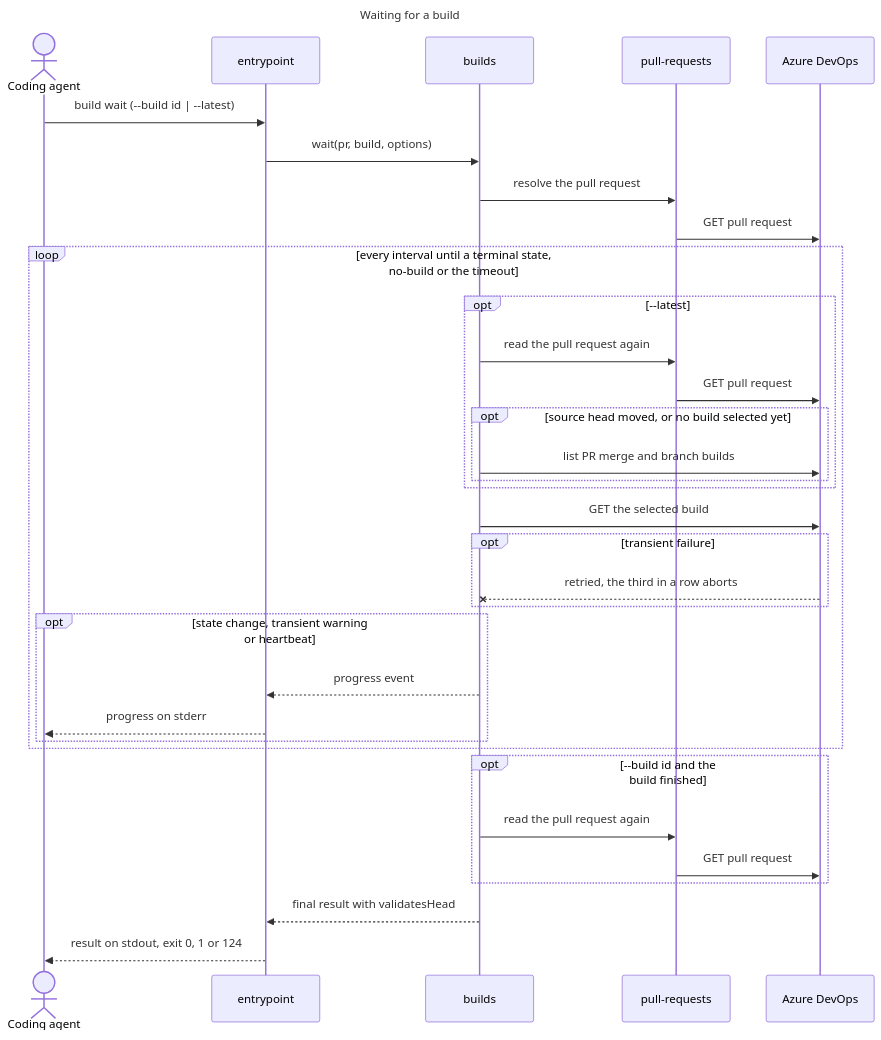
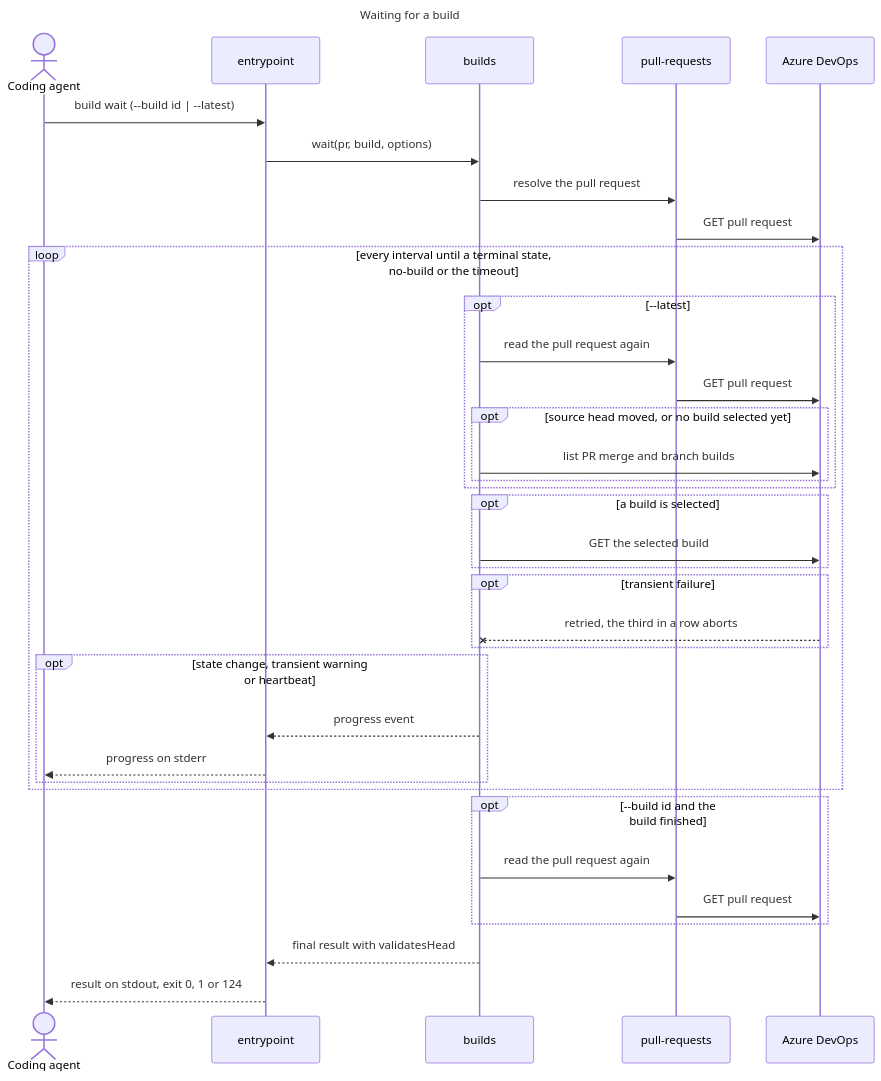
The fifth of 5 diagrams in docs/architecture/architecture.md (remshams/ado-pr), drawn with Mermaid before and after one commit. The commit also changed 1 other file, not shown here.

Commit message:
docs(Architecture): show the build GET only when a build is selected

````diff
--- a/docs/architecture/architecture.md
+++ b/docs/architecture/architecture.md
@@ -196,38 +196,40 @@
 ```mermaid
 ---
 title: Waiting for a build
 ---
 sequenceDiagram
     actor Agent as Coding agent
     participant Entry as entrypoint
     participant Builds as builds
     participant Prs as pull-requests
     participant Azure as Azure DevOps
     Agent->>Entry: build wait (--build id | --latest)
     Entry->>Builds: wait(pr, build, options)
     Builds->>Prs: resolve the pull request
     Prs->>Azure: GET pull request
     loop every interval until a terminal state, no-build or the timeout
         opt --latest
             Builds->>Prs: read the pull request again
             Prs->>Azure: GET pull request
             opt source head moved, or no build selected yet
                 Builds->>Azure: list PR merge and branch builds
             end
         end
-        Builds->>Azure: GET the selected build
+        opt a build is selected
+            Builds->>Azure: GET the selected build
+        end
         opt transient failure
             Azure--xBuilds: retried, the third in a row aborts
         end
         opt state change, transient warning or heartbeat
             Builds-->>Entry: progress event
             Entry-->>Agent: progress on stderr
         end
     end
     opt --build id and the build finished
         Builds->>Prs: read the pull request again
         Prs->>Azure: GET pull request
     end
     Builds-->>Entry: final result with validatesHead
     Entry-->>Agent: result on stdout, exit 0, 1 or 124
 ```
````
